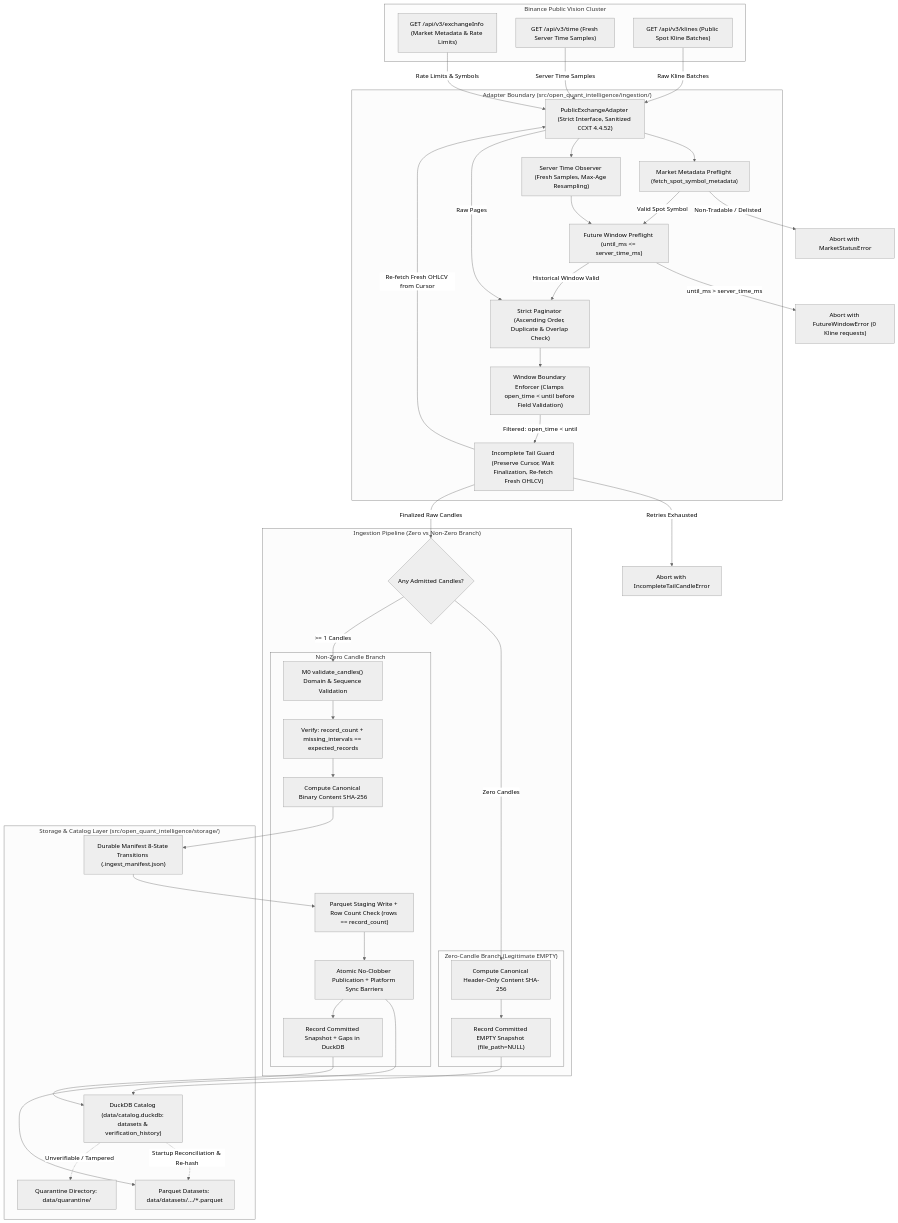
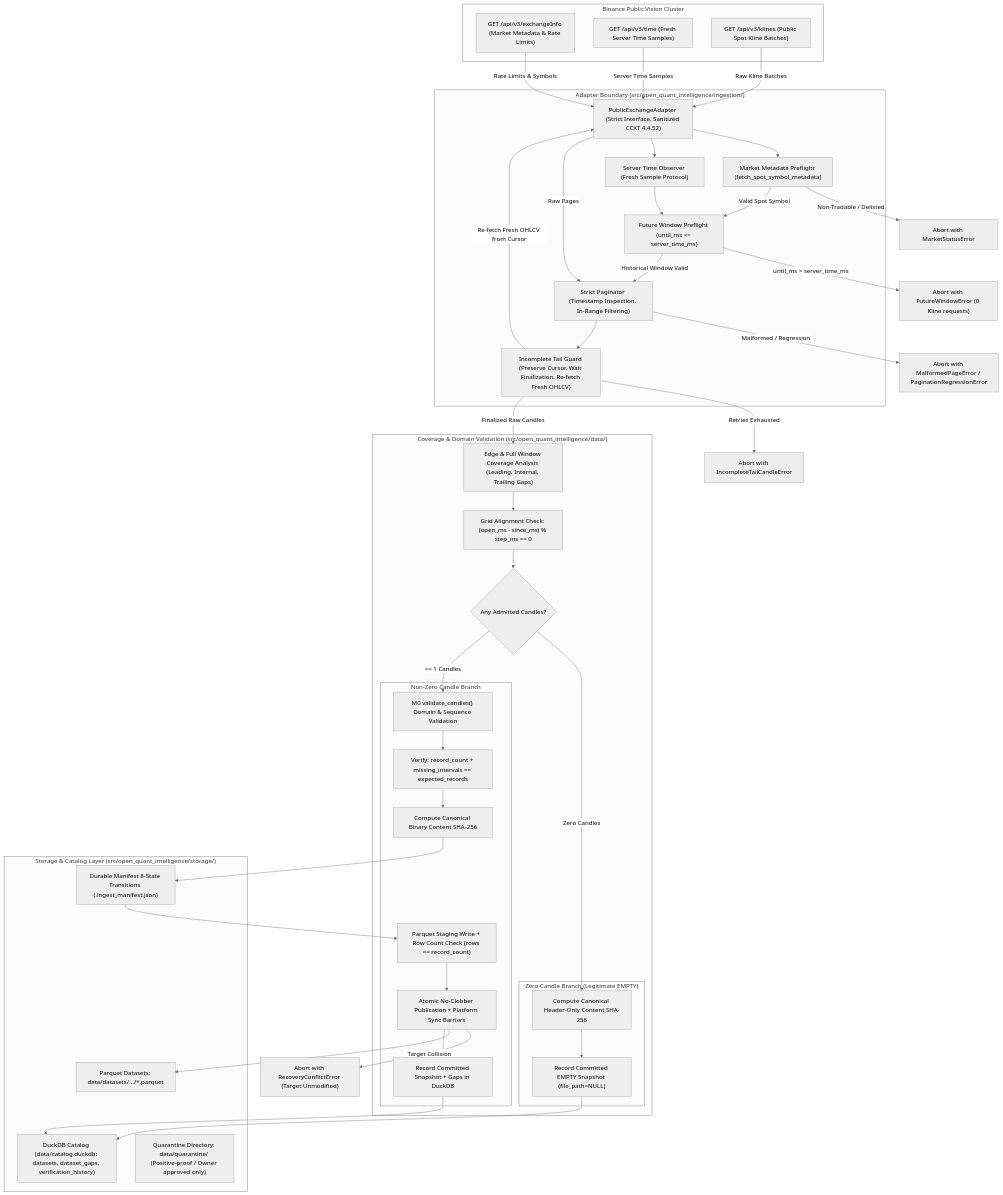
Before and after one commit to jayp91131-sudo/open-quant-intelligence: the diagram in docs/M1_ARCHITECTURE_PROPOSAL.md, drawn with Mermaid (neutral theme). The commit also changed other lines of this file, not shown here.

Commit message:
docs(m1): apply technical lead final review corrections to architecture proposal

````diff
--- a/docs/M1_ARCHITECTURE_PROPOSAL.md
+++ b/docs/M1_ARCHITECTURE_PROPOSAL.md
@@ -124,76 +124,78 @@
 ```mermaid
 flowchart TD
     subgraph Binance_Vision["Binance Public Vision Cluster"]
         ExchangeInfo["GET /api/v3/exchangeInfo (Market Metadata & Rate Limits)"]
         TimeAPI["GET /api/v3/time (Fresh Server Time Samples)"]
         API["GET /api/v3/klines (Public Spot Kline Batches)"]
     end
 
     subgraph Ingestion_Adapter["Adapter Boundary (src/open_quant_intelligence/ingestion/)"]
         Adapter["PublicExchangeAdapter (Strict Interface, Sanitized CCXT 4.4.52)"]
         MarketPreflight["Market Metadata Preflight (fetch_spot_symbol_metadata)"]
         WindowPreflight["Future Window Preflight (until_ms <= server_time_ms)"]
-        ClockSync["Server Time Observer (Fresh Samples, Max-Age Resampling)"]
-        Paginator["Strict Paginator (Ascending Order, Duplicate & Overlap Check)"]
-        BoundaryFilter["Window Boundary Enforcer (Clamps open_time < until before Field Validation)"]
+        ClockSync["Server Time Observer (Fresh Sample Protocol)"]
+        Paginator["Strict Paginator (Timestamp Inspection, In-Range Filtering)"]
         TailRefetch["Incomplete Tail Guard (Preserve Cursor, Wait Finalization, Re-fetch Fresh OHLCV)"]
     end
 
-    subgraph Pipeline_Branching["Ingestion Pipeline (Zero vs Non-Zero Branch)"]
+    subgraph Coverage_Validation["Coverage & Domain Validation (src/open_quant_intelligence/data/)"]
+        EdgeGapAnalysis["Edge & Full Window Coverage Analysis (Leading, Internal, Trailing Gaps)"]
+        GridAlignmentCheck["Grid Alignment Check: (open_ms - since_ms) % step_ms == 0"]
         Decision{"Any Admitted Candles?"}
         
         subgraph Zero_Branch["Zero-Candle Branch (Legitimate EMPTY)"]
             EmptyDigest["Compute Canonical Header-Only Content SHA-256"]
             EmptyCatalog["Record Committed EMPTY Snapshot (file_path=NULL)"]
         end
         
         subgraph Non_Zero_Branch["Non-Zero Candle Branch"]
             M0Validator["M0 validate_candles() Domain & Sequence Validation"]
             QualityCheck["Verify: record_count + missing_intervals == expected_records"]
             DataDigest["Compute Canonical Binary Content SHA-256"]
             Staging["Parquet Staging Write + Row Count Check (rows == record_count)"]
             Publication["Atomic No-Clobber Publication + Platform Sync Barriers"]
             DataCatalog["Record Committed Snapshot + Gaps in DuckDB"]
         end
     end
 
     subgraph Storage_Catalog["Storage & Catalog Layer (src/open_quant_intelligence/storage/)"]
         ManifestManager["Durable Manifest 8-State Transitions (.ingest_manifest.json)"]
         DataFiles["Parquet Datasets: data/datasets/.../*.parquet"]
-        DuckDBCatalog["DuckDB Catalog (data/catalog.duckdb: datasets & verification_history)"]
-        Quarantine["Quarantine Directory: data/quarantine/"]
+        DuckDBCatalog["DuckDB Catalog (data/catalog.duckdb: datasets, dataset_gaps, verification_history)"]
+        Quarantine["Quarantine Directory: data/quarantine/ (Positive-proof / Owner approved only)"]
     end
 
     ExchangeInfo -->|Rate Limits & Symbols| Adapter
     Adapter --> MarketPreflight
     MarketPreflight -->|Non-Tradable / Delisted| HaltPre["Abort with MarketStatusError"]
     MarketPreflight -->|Valid Spot Symbol| WindowPreflight
     TimeAPI -->|Server Time Samples| Adapter
     Adapter --> ClockSync
     ClockSync --> WindowPreflight
     WindowPreflight -->|until_ms > server_time_ms| HaltFuture["Abort with FutureWindowError (0 Kline requests)"]
     WindowPreflight -->|Historical Window Valid| Paginator
     API -->|Raw Kline Batches| Adapter
     Adapter -->|Raw Pages| Paginator
-    Paginator --> BoundaryFilter
-    BoundaryFilter -->|Filtered: open_time < until| TailRefetch
+    Paginator -->|Malformed / Regression| HaltPag["Abort with MalformedPageError / PaginationRegressionError"]
+    Paginator --> TailRefetch
     TailRefetch -->|Re-fetch Fresh OHLCV from Cursor| Adapter
     TailRefetch -->|Retries Exhausted| AbortTail["Abort with IncompleteTailCandleError"]
-    TailRefetch -->|Finalized Raw Candles| Decision
+    TailRefetch -->|Finalized Raw Candles| EdgeGapAnalysis
+    EdgeGapAnalysis --> GridAlignmentCheck
+    GridAlignmentCheck --> Decision
     
     Decision -->|Zero Candles| EmptyDigest
     EmptyDigest --> EmptyCatalog
     EmptyCatalog --> DuckDBCatalog
     
     Decision -->|>= 1 Candles| M0Validator
     M0Validator --> QualityCheck
     QualityCheck --> DataDigest
     DataDigest --> ManifestManager
     ManifestManager --> Staging
     Staging --> Publication
+    Publication -->|Target Collision| HaltCollision["Abort with RecoveryConflictError (Target Unmodified)"]
     Publication --> DataFiles
     Publication --> DataCatalog
     DataCatalog --> DuckDBCatalog
-    DuckDBCatalog -.->|Startup Reconciliation & Re-hash| DataFiles
-    DuckDBCatalog -.->|Unverifiable / Tampered| Quarantine
 ```
````
